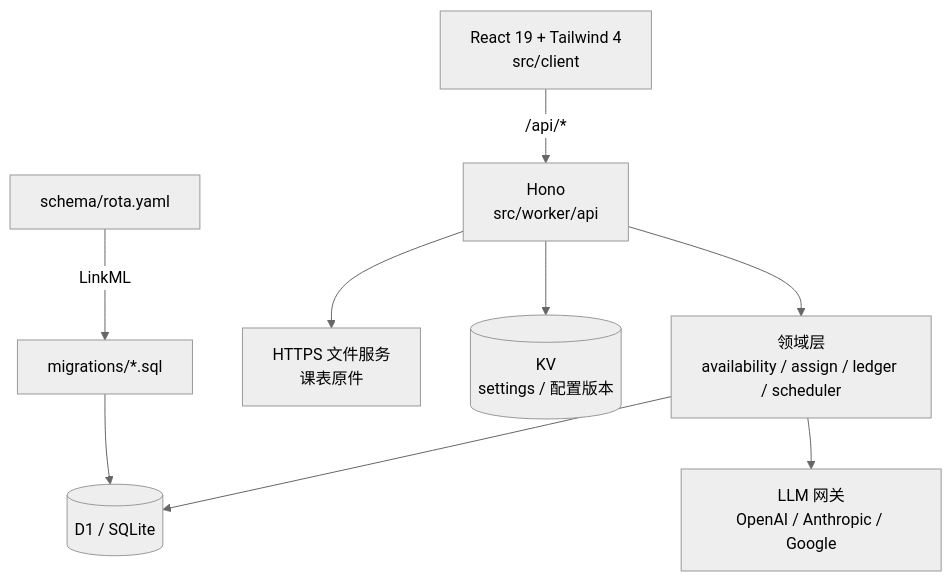
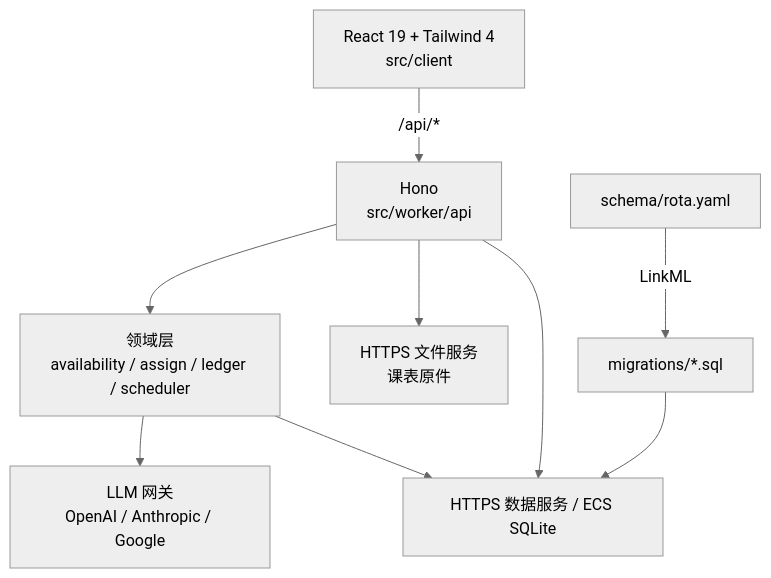
The diagram in README.md (PlutoKeating/Project.Rota), drawn with Mermaid (neutral theme) before and after one commit. The commit also changed other lines of this file and 23 other files, not shown here.

Commit message:
Move all persistent data to an authenticated ECS SQLite service

````diff
--- a/README.md
+++ b/README.md
@@ -56,11 +57,11 @@
 ```mermaid
 flowchart TB
     A[React 19 + Tailwind 4<br/>src/client] -->|/api/*| B[Hono<br/>src/worker/api]
     B --> C[领域层<br/>availability / assign / ledger / scheduler]
-    C --> E[(D1 / SQLite)]
+    C --> E[HTTPS 数据服务 / ECS SQLite]
     B --> F[HTTPS 文件服务<br/>课表原件]
-    B --> G[(KV<br/>settings / 配置版本)]
+    B --> E
     C --> H[LLM 网关<br/>OpenAI / Anthropic / Google]
     I[schema/rota.yaml] -->|LinkML| J[migrations/*.sql]
     J --> E
 ```
````
